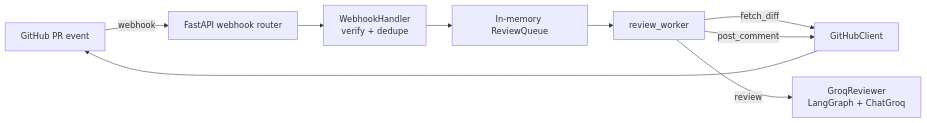
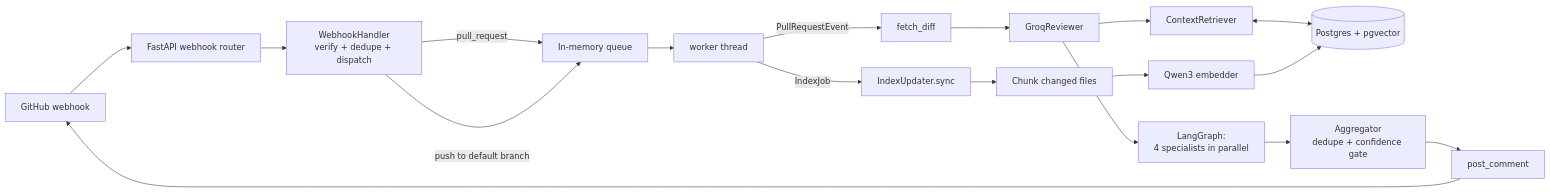
Before and after one commit to simranbajaj06/PR-Review-multi-agent-system: the diagram in README.md, drawn with Mermaid. The commit also changed other lines of this file and 18 other files, not shown here.

````diff
--- a/README.md
+++ b/README.md
@@ -26,11 +42,22 @@
 ```mermaid
 flowchart LR
-    GH[GitHub PR event] -->|webhook| Router[FastAPI webhook router]
-    Router --> Handler[WebhookHandler<br/>verify + dedupe]
-    Handler --> Queue[In-memory ReviewQueue]
-    Queue --> Worker[review_worker]
-    Worker -->|fetch_diff| GHClient[GitHubClient]
-    Worker -->|review| Reviewer[GroqReviewer<br/>LangGraph + ChatGroq]
-    Worker -->|post_comment| GHClient
-    GHClient --> GH
+    GH[GitHub webhook] --> Router[FastAPI webhook router]
+    Router --> Handler[WebhookHandler<br/>verify + dedupe + dispatch]
+    Handler -->|pull_request| Queue[In-memory queue]
+    Handler -->|push to default branch| Queue
+    Queue --> Worker[worker thread]
+
+    Worker -->|PullRequestEvent| Fetch[fetch_diff]
+    Fetch --> Reviewer[GroqReviewer]
+    Reviewer --> Retriever[ContextRetriever]
+    Retriever <--> PG[(Postgres + pgvector)]
+    Reviewer --> Graph[LangGraph:<br/>4 specialists in parallel]
+    Graph --> Agg[Aggregator<br/>dedupe + confidence gate]
+    Agg --> Post[post_comment]
+    Post --> GH
+
+    Worker -->|IndexJob| Updater[IndexUpdater.sync]
+    Updater --> Chunk[Chunk changed files]
+    Chunk --> Embed[Qwen3 embedder]
+    Embed --> PG
 ```
````
